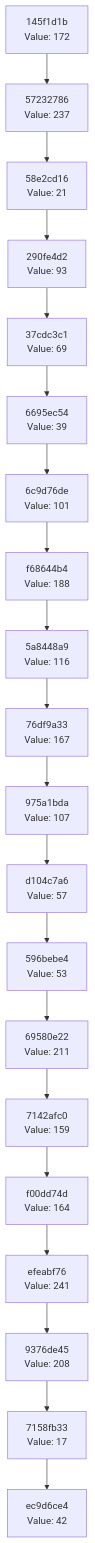
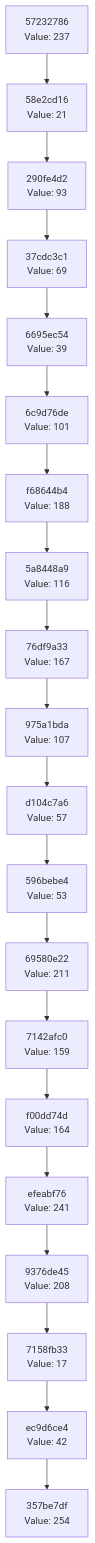
One commit to Abhisheksinha1506/hash-chain-evolver changed the diagram in docs/CHAIN_VISUALIZATION.md. Above: the diagram before and after it, drawn with Mermaid. The commit also changed 3 other files, not shown here.

````diff
--- a/docs/CHAIN_VISUALIZATION.md
+++ b/docs/CHAIN_VISUALIZATION.md
@@ -3,42 +3,42 @@
 ```mermaid
 graph TD
-    C0["ec9d6ce4<br/>Value: 42"]
-    C1["7158fb33<br/>Value: 17"]
+    C0["357be7df<br/>Value: 254"]
+    C1["ec9d6ce4<br/>Value: 42"]
     C1 --> C0
-    C2["9376de45<br/>Value: 208"]
+    C2["7158fb33<br/>Value: 17"]
     C2 --> C1
-    C3["efeabf76<br/>Value: 241"]
+    C3["9376de45<br/>Value: 208"]
     C3 --> C2
-    C4["f00dd74d<br/>Value: 164"]
+    C4["efeabf76<br/>Value: 241"]
     C4 --> C3
-    C5["7142afc0<br/>Value: 159"]
+    C5["f00dd74d<br/>Value: 164"]
     C5 --> C4
-    C6["69580e22<br/>Value: 211"]
+    C6["7142afc0<br/>Value: 159"]
     C6 --> C5
-    C7["596bebe4<br/>Value: 53"]
+    C7["69580e22<br/>Value: 211"]
     C7 --> C6
-    C8["d104c7a6<br/>Value: 57"]
+    C8["596bebe4<br/>Value: 53"]
     C8 --> C7
-    C9["975a1bda<br/>Value: 107"]
+    C9["d104c7a6<br/>Value: 57"]
     C9 --> C8
-    C10["76df9a33<br/>Value: 167"]
+    C10["975a1bda<br/>Value: 107"]
     C10 --> C9
-    C11["5a8448a9<br/>Value: 116"]
+    C11["76df9a33<br/>Value: 167"]
     C11 --> C10
-    C12["f68644b4<br/>Value: 188"]
+    C12["5a8448a9<br/>Value: 116"]
     C12 --> C11
-    C13["6c9d76de<br/>Value: 101"]
+    C13["f68644b4<br/>Value: 188"]
     C13 --> C12
-    C14["6695ec54<br/>Value: 39"]
+    C14["6c9d76de<br/>Value: 101"]
     C14 --> C13
-    C15["37cdc3c1<br/>Value: 69"]
+    C15["6695ec54<br/>Value: 39"]
     C15 --> C14
-    C16["290fe4d2<br/>Value: 93"]
+    C16["37cdc3c1<br/>Value: 69"]
     C16 --> C15
-    C17["58e2cd16<br/>Value: 21"]
+    C17["290fe4d2<br/>Value: 93"]
     C17 --> C16
-    C18["57232786<br/>Value: 237"]
+    C18["58e2cd16<br/>Value: 21"]
     C18 --> C17
-    C19["145f1d1b<br/>Value: 172"]
+    C19["57232786<br/>Value: 237"]
     C19 --> C18
 ```
````
